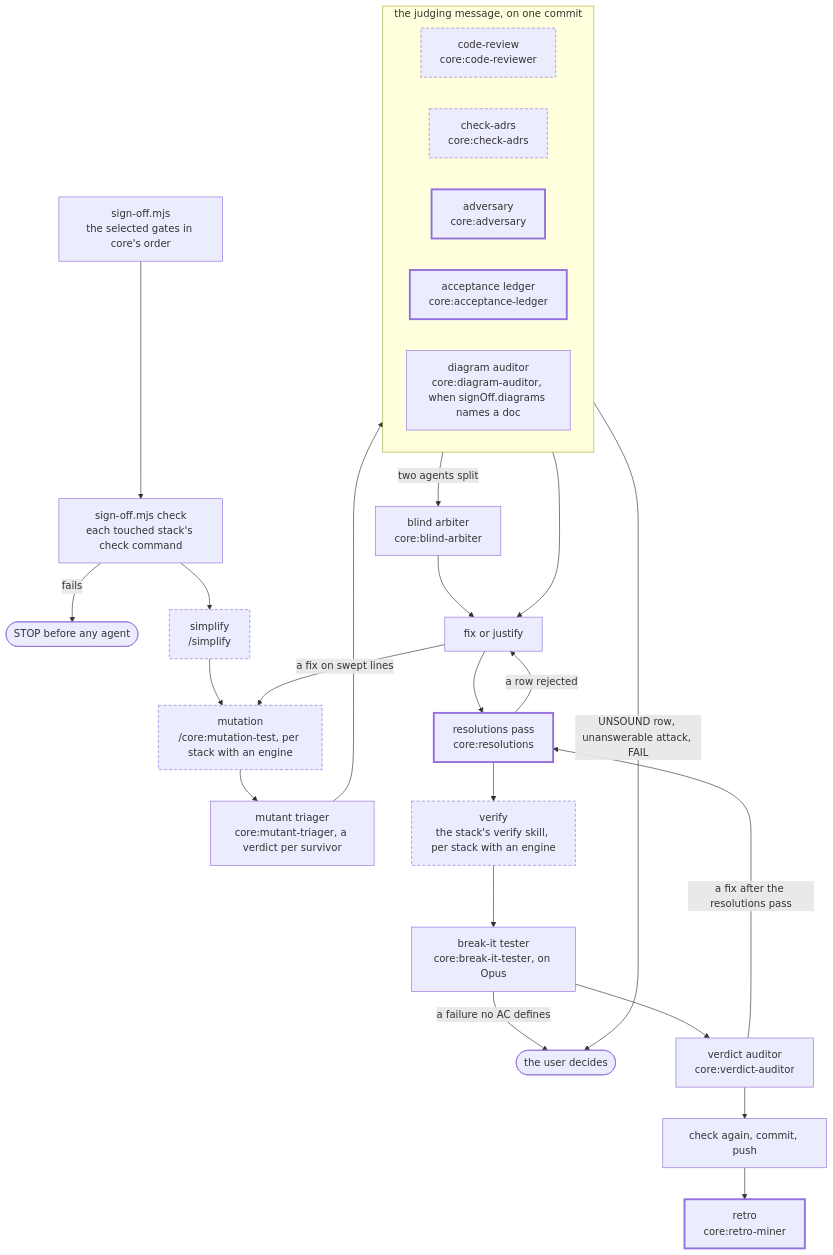
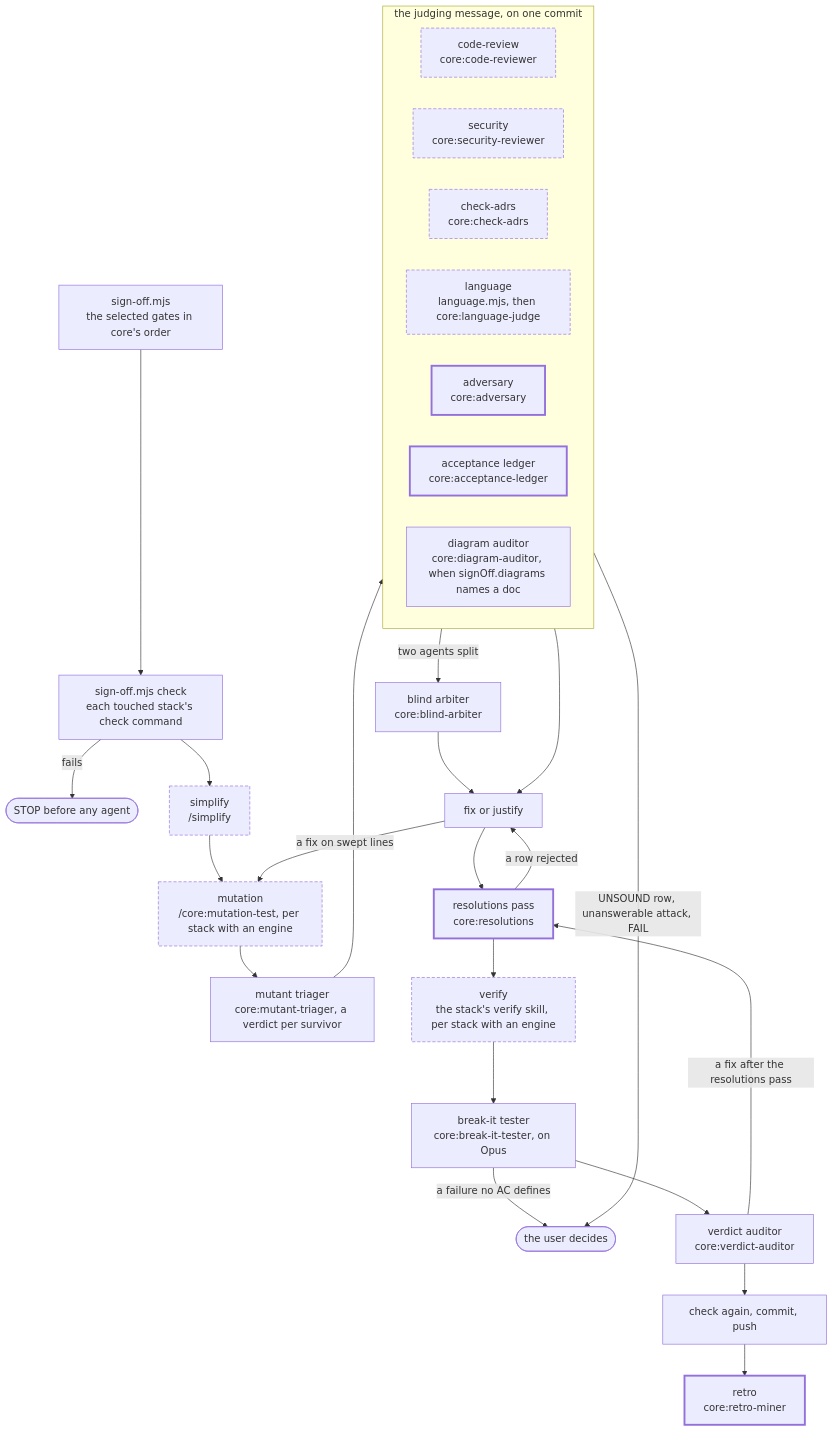
The diagram in README.md (skrymer/skrymer-ai), drawn with Mermaid before and after one commit. The commit also changed other lines of this file and 13 other files, not shown here.

Commit message:
Add the opt-in security and language gates, the language extraction and their judging agents

````diff
--- a/README.md
+++ b/README.md
@@ -111,32 +111,34 @@
 ```mermaid
 flowchart TD
   plan["sign-off.mjs<br/>the selected gates in core's order"] --> check["sign-off.mjs check<br/>each touched stack's check command"]
   check -- fails --> stop(["STOP before any agent"])
   check --> simplify["simplify<br/>/simplify"]:::gate
   simplify --> mutation["mutation<br/>/core:mutation-test, per stack with an engine"]:::gate
   mutation --> triager["mutant triager<br/>core:mutant-triager, a verdict per survivor"]
   triager --> judging
   subgraph judging ["the judging message, on one commit"]
     review["code-review<br/>core:code-reviewer"]:::gate
+    security["security<br/>core:security-reviewer"]:::gate
     adrs["check-adrs<br/>core:check-adrs"]:::gate
+    language["language<br/>language.mjs, then core:language-judge"]:::gate
     adversary["adversary<br/>core:adversary"]:::fixed
     ledger["acceptance ledger<br/>core:acceptance-ledger"]:::fixed
     diagrams["diagram auditor<br/>core:diagram-auditor, when signOff.diagrams names a doc"]
   end
   judging -- "UNSOUND row, unanswerable attack, FAIL" --> user(["the user decides"])
   judging -- "two agents split" --> arbiter["blind arbiter<br/>core:blind-arbiter"]
   judging --> fixes["fix or justify"]
   arbiter --> fixes
   fixes -- "a fix on swept lines" --> mutation
   fixes --> resolutions["resolutions pass<br/>core:resolutions"]:::fixed
   resolutions -- "a row rejected" --> fixes
   resolutions --> verify["verify<br/>the stack's verify skill, per stack with an engine"]:::gate
   verify --> tester["break-it tester<br/>core:break-it-tester, on Opus"]
   tester -- "a failure no AC defines" --> user
   tester --> auditor["verdict auditor<br/>core:verdict-auditor"]
   auditor -- "a fix after the resolutions pass" --> resolutions
   auditor --> push["check again, commit, push"]
   push --> retro["retro<br/>core:retro-miner"]:::fixed
   classDef gate stroke-dasharray: 5 3
   classDef fixed stroke-width: 3px
 ```
````
